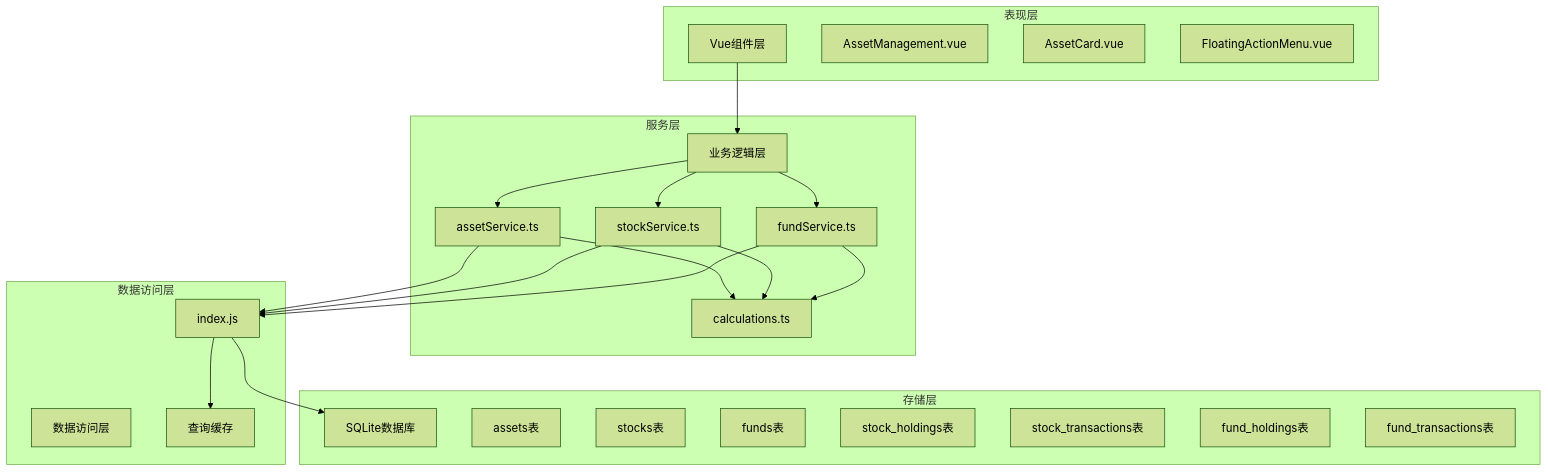
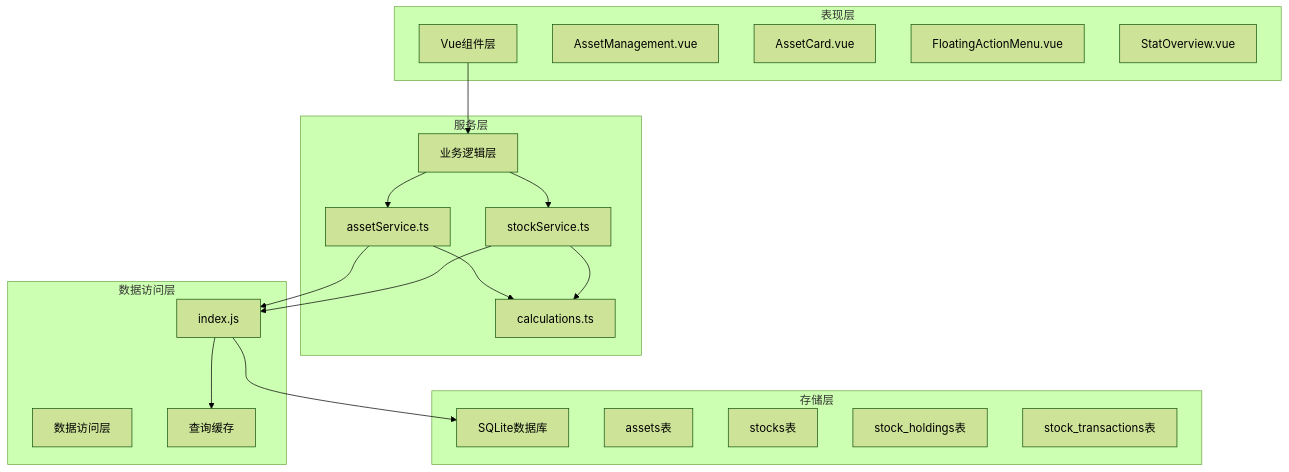
Before and after one commit to xiao-lin-unit/yuan: the second of 17 diagrams in .qoder/repowiki/zh/content/资产管理/资产总览.md, drawn with Mermaid (forest theme). The commit also changed other lines of this file and 14 other files, not shown here.

````diff
--- a/.qoder/repowiki/zh/content/资产管理/资产总览.md
+++ b/.qoder/repowiki/zh/content/资产管理/资产总览.md
@@ -136,43 +118,37 @@
 ```mermaid
 graph TB
 subgraph "表现层"
 UI[Vue组件层]
 AM[AssetManagement.vue]
 AC[AssetCard.vue]
 FAM[FloatingActionMenu.vue]
+SO[StatOverview.vue]
 end
 subgraph "服务层"
 BL[业务逻辑层]
 AS[assetService.ts]
 SS[stockService.ts]
-FS[fundService.ts]
 CAL[calculations.ts]
 end
 subgraph "数据访问层"
 DA[数据访问层]
 DB[index.js]
 CACHE[查询缓存]
 end
 subgraph "存储层"
 STORE[SQLite数据库]
 ASSETS[assets表]
 STOCKS[stocks表]
-FUNDS[funds表]
 STOCK_HOLDINGS[stock_holdings表]
 STOCK_TRANSACTIONS[stock_transactions表]
-FUND_HOLDINGS[fund_holdings表]
-FUND_TRANSACTIONS[fund_transactions表]
 end
 UI --> BL
 BL --> AS
 BL --> SS
-BL --> FS
 AS --> DB
 SS --> DB
-FS --> DB
 AS --> CAL
 SS --> CAL
-FS --> CAL
 DB --> CACHE
 DB --> STORE
 ```
````
